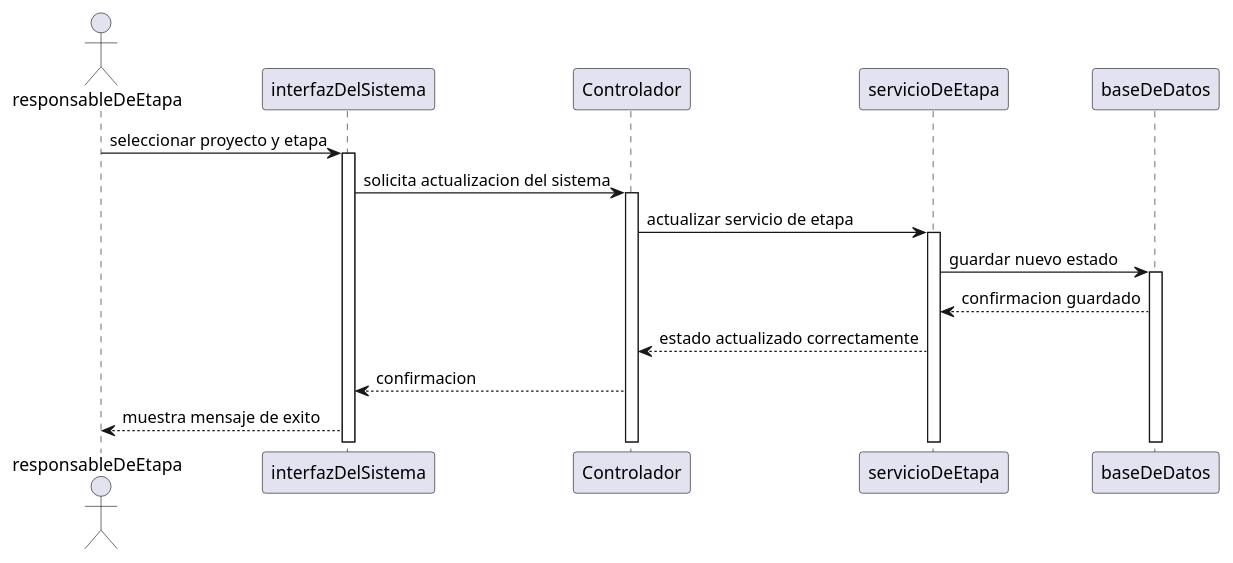
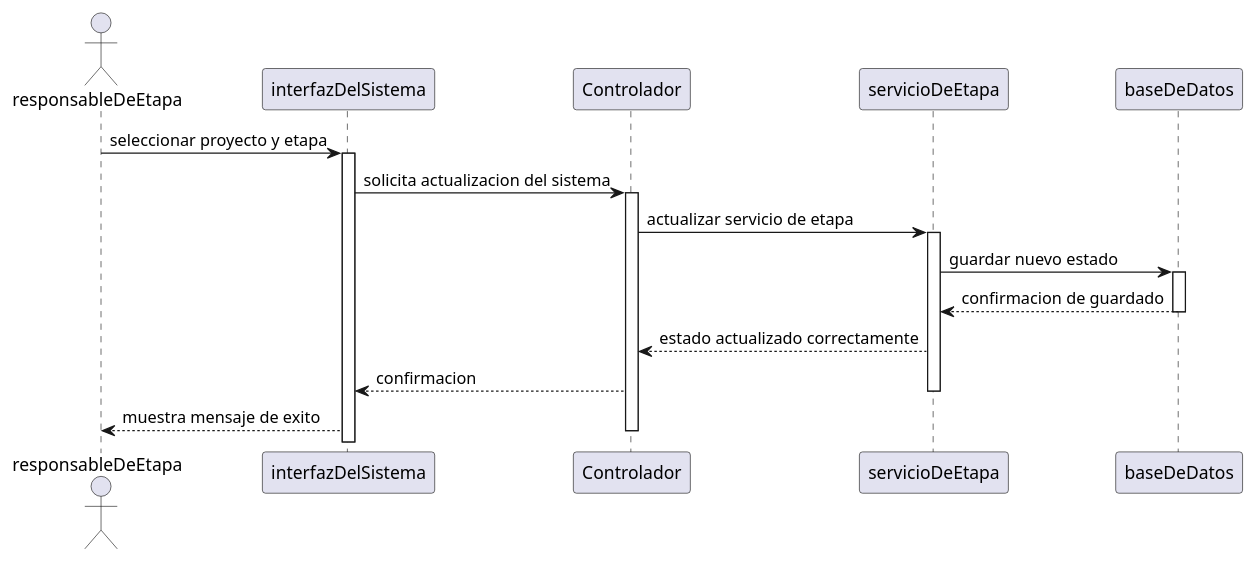
One commit to 9919-Mili/SistemaProductoraVideos changed the diagram in 05-diagrama-secuencia/05-secuencia-actualizacion-exitosa-actualizacion-exitosa-del-estado-02.puml. Above: the diagram before and after it, drawn with PlantUML. The commit also changed 1 other file, not shown here.

```diff
--- a/05-diagrama-secuencia/05-secuencia-actualizacion-exitosa-actualizacion-exitosa-del-estado-02.puml
+++ b/05-diagrama-secuencia/05-secuencia-actualizacion-exitosa-actualizacion-exitosa-del-estado-02.puml
@@ -1,20 +1,23 @@
 @startuml actualizacion exitosa del estado
 actor responsableDeEtapa
 participant interfazDelSistema
 participant Controlador
 participant servicioDeEtapa
 participant baseDeDatos
 
 responsableDeEtapa -> interfazDelSistema: seleccionar proyecto y etapa
 activate interfazDelSistema
 interfazDelSistema -> Controlador: solicita actualizacion del sistema
 activate Controlador
 Controlador -> servicioDeEtapa: actualizar servicio de etapa 
 activate servicioDeEtapa
 servicioDeEtapa -> baseDeDatos: guardar nuevo estado 
 activate baseDeDatos
-baseDeDatos --> servicioDeEtapa: confirmacion guardado
+baseDeDatos --> servicioDeEtapa: confirmacion de guardado
+deactivate baseDeDatos
 servicioDeEtapa --> Controlador: estado actualizado correctamente
 Controlador --> interfazDelSistema: confirmacion 
+deactivate servicioDeEtapa
 interfazDelSistema --> responsableDeEtapa: muestra mensaje de exito 
+deactivate Controlador
 @enduml
```
